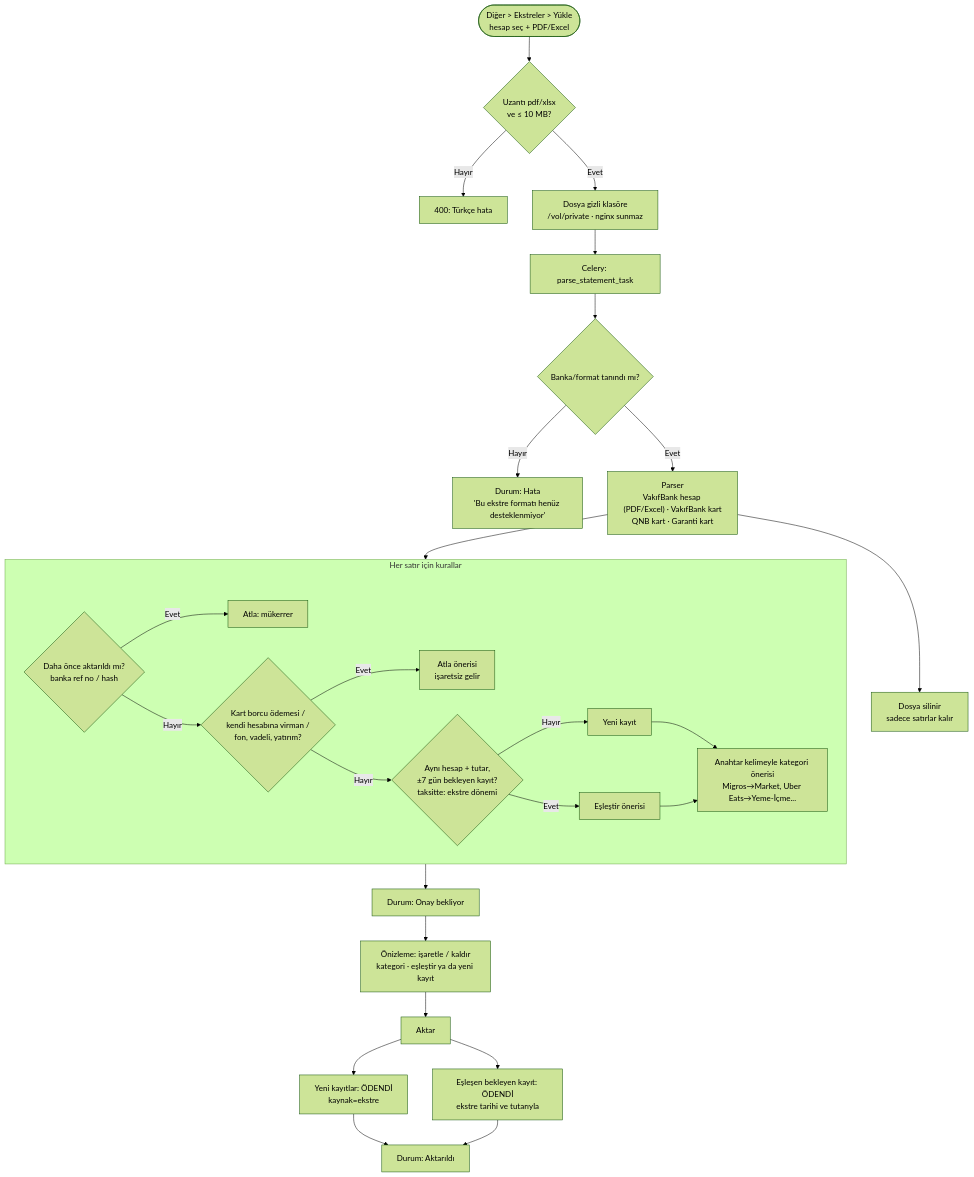
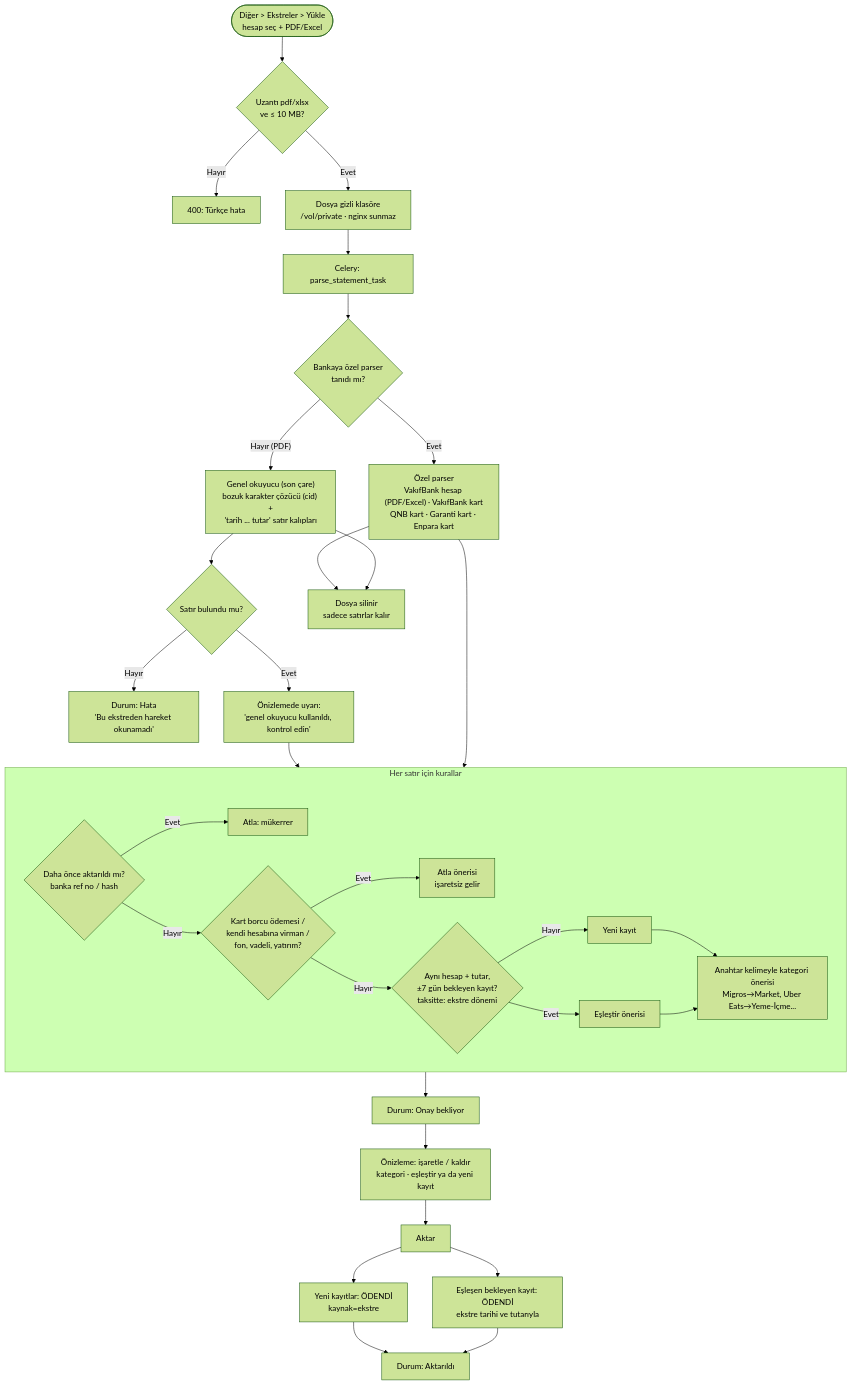
The eighth of 9 diagrams in docs/FLOW.md (anilcelik0/saving), drawn with Mermaid (forest theme) before and after one commit. The commit also changed 13 other files, not shown here.

First line of the commit message:
Statements: generic fallback reader, cid font decoder, Enpara card parser

````diff
--- a/docs/FLOW.md
+++ b/docs/FLOW.md
@@ -209,31 +209,36 @@
 ```mermaid
 flowchart TD
     UP([Diğer > Ekstreler > Yükle<br/>hesap seç + PDF/Excel]) --> V{Uzantı pdf/xlsx<br/>ve ≤ 10 MB?}
     V -- Hayır --> E400[400: Türkçe hata]
     V -- Evet --> SAVE[Dosya gizli klasöre<br/>/vol/private · nginx sunmaz]
     SAVE --> TASK[Celery: parse_statement_task]
-    TASK --> DET{Banka/format tanındı mı?}
-    DET -- Hayır --> FAIL[Durum: Hata<br/>'Bu ekstre formatı henüz desteklenmiyor']
-    DET -- Evet --> PARSE["Parser<br/>VakıfBank hesap (PDF/Excel) · VakıfBank kart<br/>QNB kart · Garanti kart"]
+    TASK --> DET{Bankaya özel parser<br/>tanıdı mı?}
+    DET -- Evet --> PARSE["Özel parser<br/>VakıfBank hesap (PDF/Excel) · VakıfBank kart<br/>QNB kart · Garanti kart · Enpara kart"]
+    DET -- "Hayır (PDF)" --> GEN["Genel okuyucu (son çare)<br/>bozuk karakter çözücü (cid) +<br/>'tarih ... tutar' satır kalıpları"]
+    GEN --> GENOK{Satır bulundu mu?}
+    GENOK -- Hayır --> FAIL[Durum: Hata<br/>'Bu ekstreden hareket okunamadı']
+    GENOK -- Evet --> WARN[Önizlemede uyarı:<br/>'genel okuyucu kullanıldı, kontrol edin']
+    WARN --> RULES
     PARSE --> DEL[Dosya silinir<br/>sadece satırlar kalır]
+    GEN --> DEL
     PARSE --> RULES
 
     subgraph RULES["Her satır için kurallar"]
         K1{Daha önce aktarıldı mı?<br/>banka ref no / hash} -- Evet --> SK1[Atla: mükerrer]
         K1 -- Hayır --> K2{Kart borcu ödemesi /<br/>kendi hesabına virman /<br/>fon, vadeli, yatırım?}
         K2 -- Evet --> SK2[Atla önerisi<br/>işaretsiz gelir]
         K2 -- Hayır --> K3{Aynı hesap + tutar,<br/>±7 gün bekleyen kayıt?<br/>taksitte: ekstre dönemi}
         K3 -- Evet --> MT[Eşleştir önerisi]
         K3 -- Hayır --> IM[Yeni kayıt]
         IM --> CAT[Anahtar kelimeyle kategori önerisi<br/>Migros→Market, Uber Eats→Yeme-İçme...]
         MT --> CAT
     end
 
     RULES --> READY[Durum: Onay bekliyor]
     READY --> REVIEW[Önizleme: işaretle / kaldır<br/>kategori · eşleştir ya da yeni kayıt]
     REVIEW --> CONF[Aktar]
     CONF --> T1[Yeni kayıtlar: ÖDENDİ<br/>kaynak=ekstre]
     CONF --> T2[Eşleşen bekleyen kayıt: ÖDENDİ<br/>ekstre tarihi ve tutarıyla]
     T1 --> DONE[Durum: Aktarıldı]
     T2 --> DONE
 ```
````
